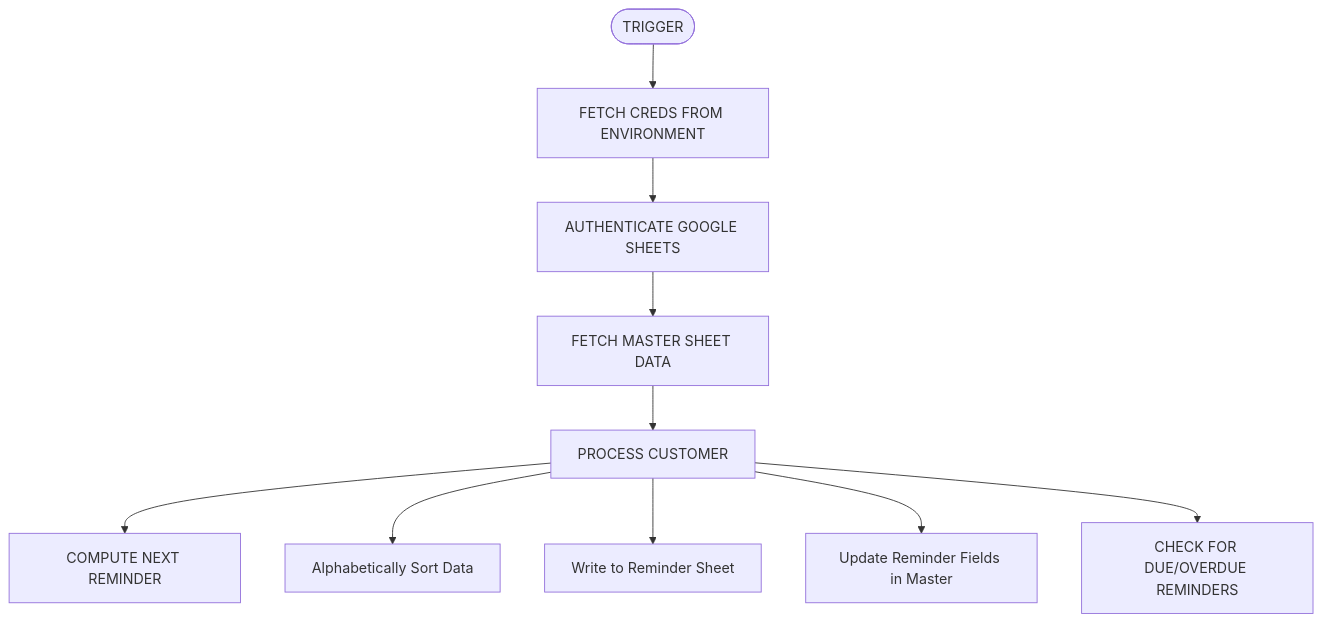
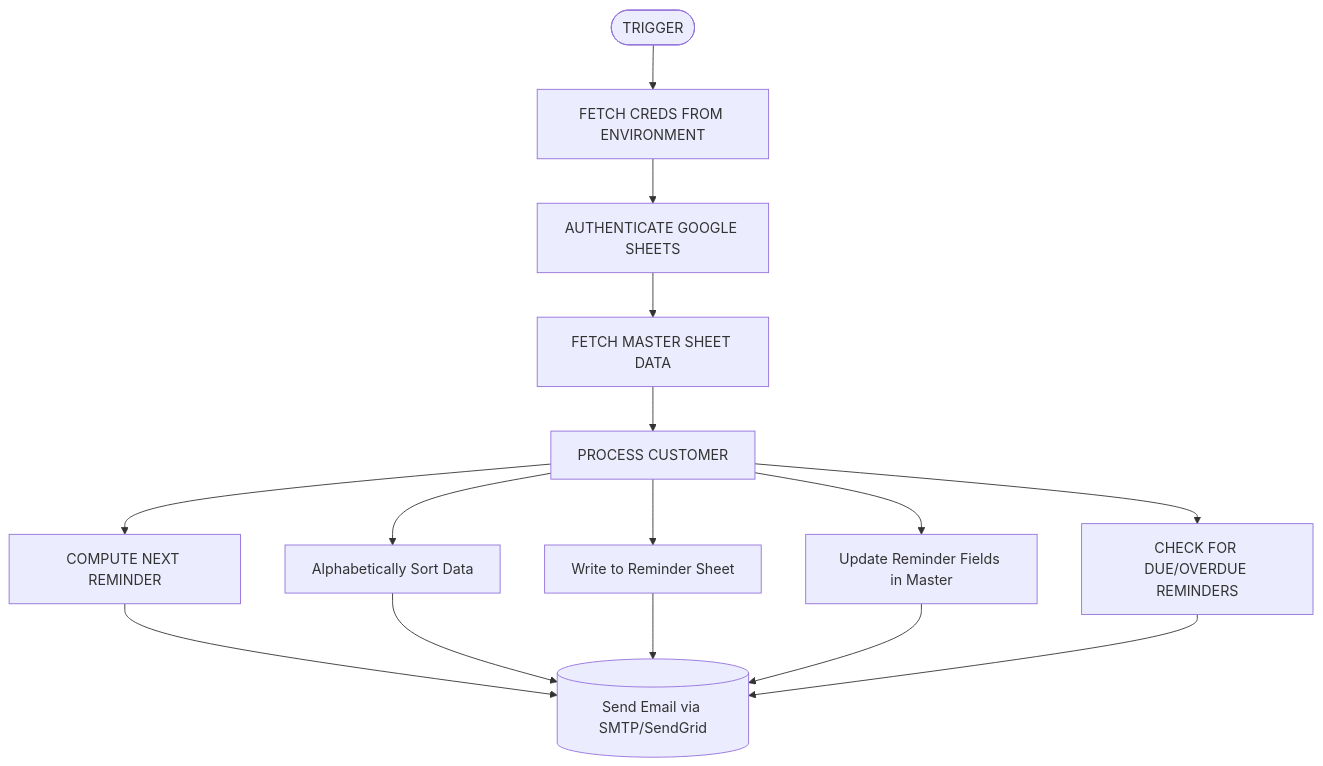
Before and after one commit to Hnn3y/RGAC_Reminder: the diagram in Readme.md, drawn with Mermaid.

````diff
--- a/Readme.md
+++ b/Readme.md
@@ -3,13 +3,17 @@
 ```mermaid
 flowchart TD
    A([TRIGGER]) --> B[FETCH CREDS FROM ENVIRONMENT]
    B --> C[AUTHENTICATE GOOGLE SHEETS]
    C --> D[FETCH MASTER SHEET DATA]
    D --> E[PROCESS CUSTOMER]
    E --> F[COMPUTE NEXT REMINDER]
    E --> G[Alphabetically Sort Data]
    E --> H[Write to Reminder Sheet]
    E --> I[Update Reminder Fields in Master]
    E --> J[CHECK FOR DUE/OVERDUE REMINDERS]
-
+   F --> K[(Send Email via SMTP/SendGrid)]
+   G --> K
+   H --> K
+   I --> K
+   J --> K
 ```
````
